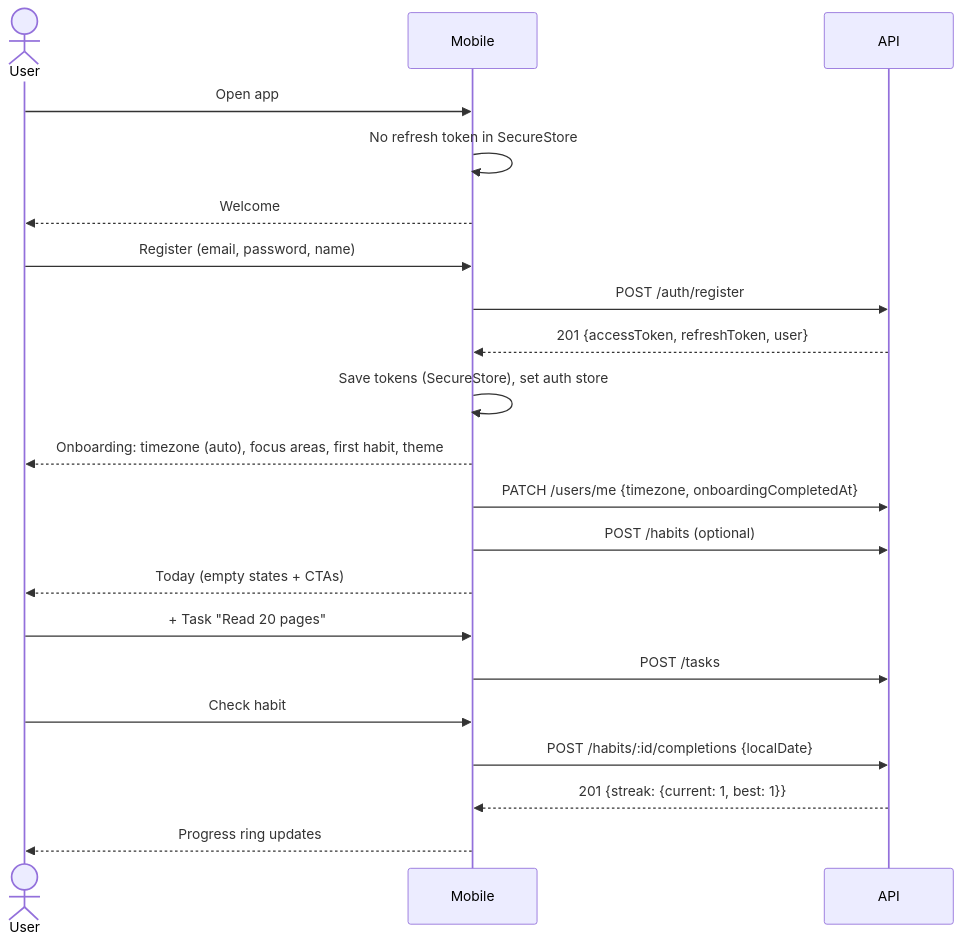
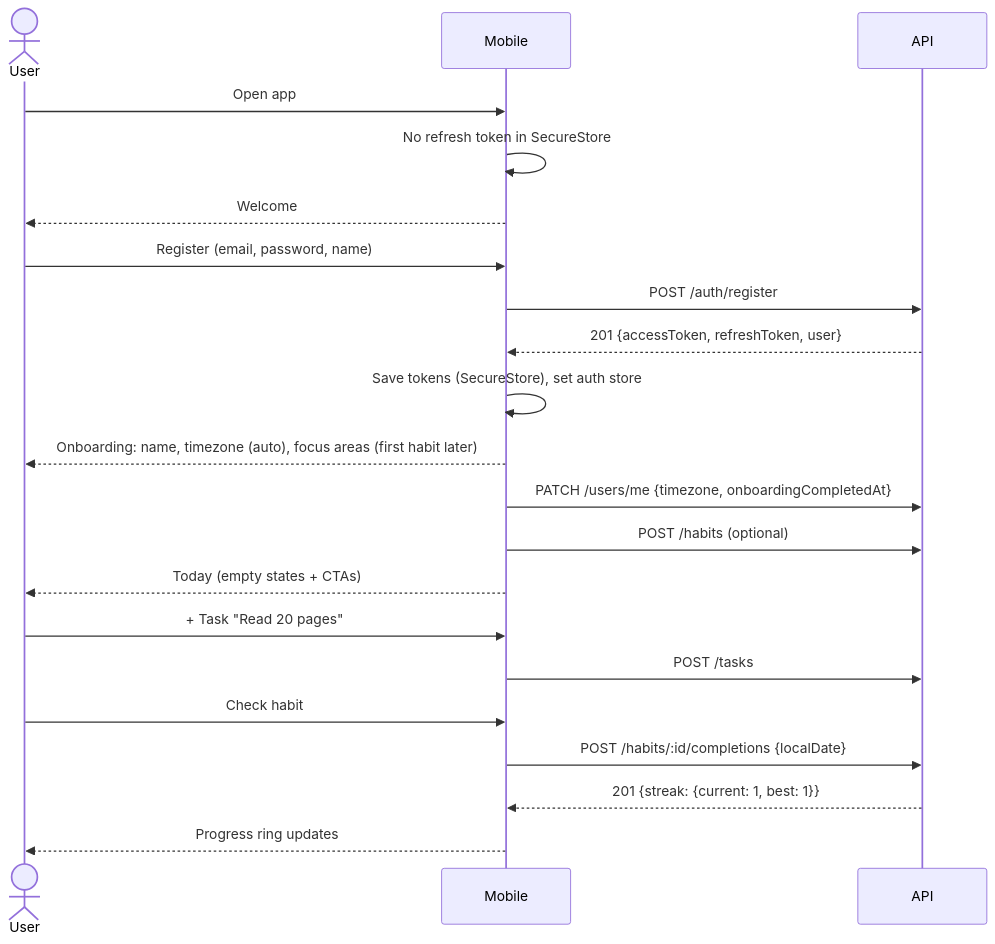
Before and after one commit to tina-codertz/life-os: the second of 3 diagrams in docs/03-USER-FLOWS.md, drawn with Mermaid. The commit also changed other lines of this file and 25 other files, not shown here.

First line of the commit message:
feat(mobile): onboarding focus areas seed categories; theme in Settings; design icons; Done badge (6.1 Tasks I, part 4)

````diff
--- a/docs/03-USER-FLOWS.md
+++ b/docs/03-USER-FLOWS.md
@@ -113,23 +113,23 @@
 ```mermaid
 sequenceDiagram
   actor U as User
   participant M as Mobile
   participant A as API
   U->>M: Open app
   M->>M: No refresh token in SecureStore
   M-->>U: Welcome
   U->>M: Register (email, password, name)
   M->>A: POST /auth/register
   A-->>M: 201 {accessToken, refreshToken, user}
   M->>M: Save tokens (SecureStore), set auth store
-  M-->>U: Onboarding: timezone (auto), focus areas, first habit, theme
+  M-->>U: Onboarding: name, timezone (auto), focus areas (first habit later)
   M->>A: PATCH /users/me {timezone, onboardingCompletedAt}
   M->>A: POST /habits (optional)
   M-->>U: Today (empty states + CTAs)
   U->>M: + Task "Read 20 pages"
   M->>A: POST /tasks
   U->>M: Check habit
   M->>A: POST /habits/:id/completions {localDate}
   A-->>M: 201 {streak: {current: 1, best: 1}}
   M-->>U: Progress ring updates
 ```
````
